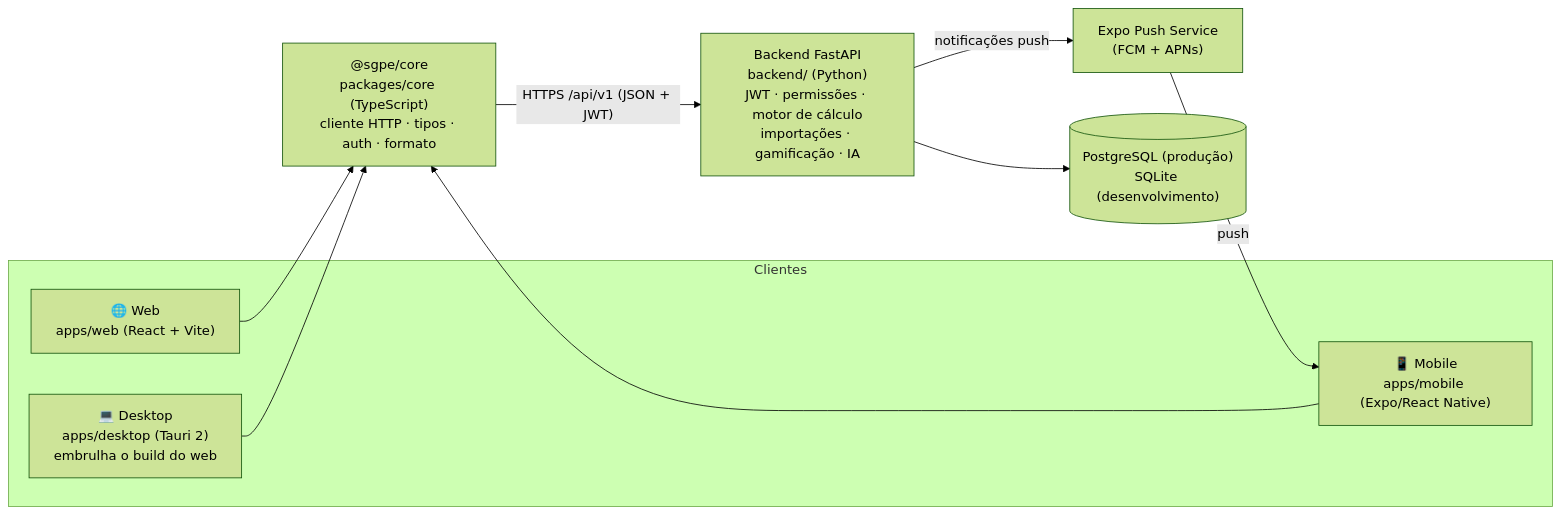
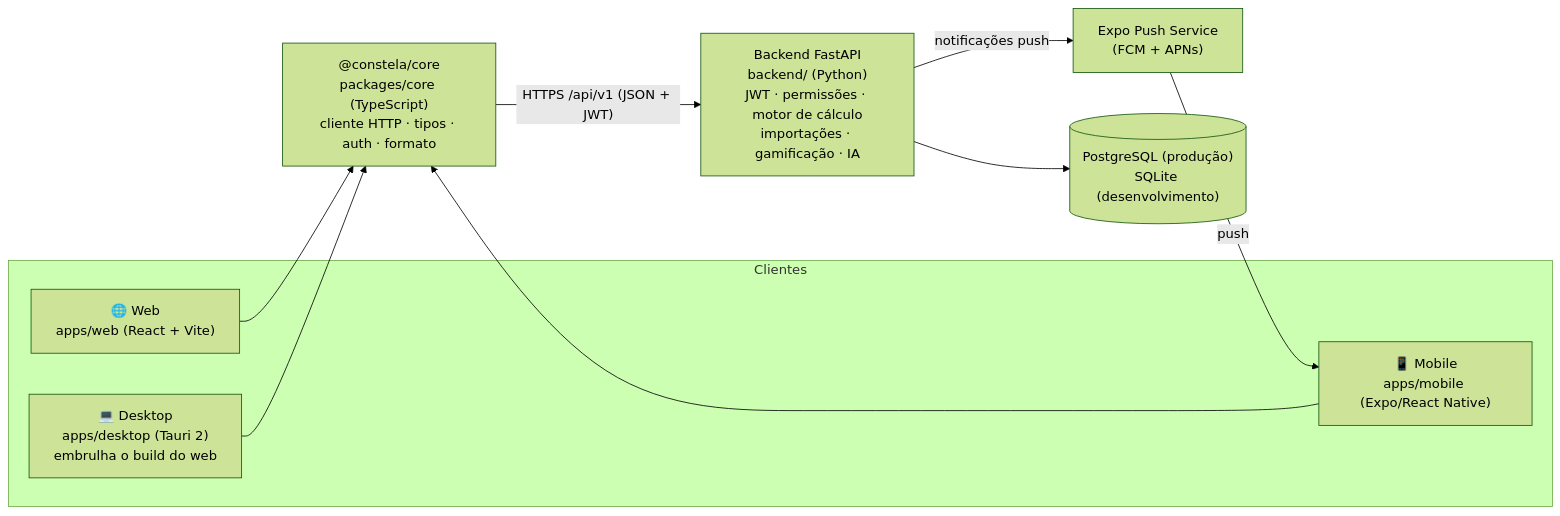
Before and after one commit to medeirex00/constela-edu: the first of 3 diagrams in docs/ARQUITETURA.md, drawn with Mermaid (forest theme). The commit also changed other lines of this file and 48 other files, not shown here.

````diff
--- a/docs/ARQUITETURA.md
+++ b/docs/ARQUITETURA.md
@@ -9,20 +9,20 @@
 ```mermaid
 flowchart LR
     subgraph Clientes
         WEB["🌐 Web\napps/web (React + Vite)"]
         DESK["💻 Desktop\napps/desktop (Tauri 2)\nembrulha o build do web"]
         MOB["📱 Mobile\napps/mobile (Expo/React Native)"]
     end
-    CORE["@sgpe/core\npackages/core (TypeScript)\ncliente HTTP · tipos · auth · formato"]
+    CORE["@constela/core\npackages/core (TypeScript)\ncliente HTTP · tipos · auth · formato"]
     API["Backend FastAPI\nbackend/ (Python)\nJWT · permissões · motor de cálculo\nimportações · gamificação · IA"]
     DB[("PostgreSQL (produção)\nSQLite (desenvolvimento)")]
     EXPO["Expo Push Service\n(FCM + APNs)"]
 
     WEB --> CORE
     DESK --> CORE
     MOB --> CORE
     CORE -- "HTTPS /api/v1 (JSON + JWT)" --> API
     API --> DB
     API -- "notificações push" --> EXPO
     EXPO -- push --> MOB
 ```
````
